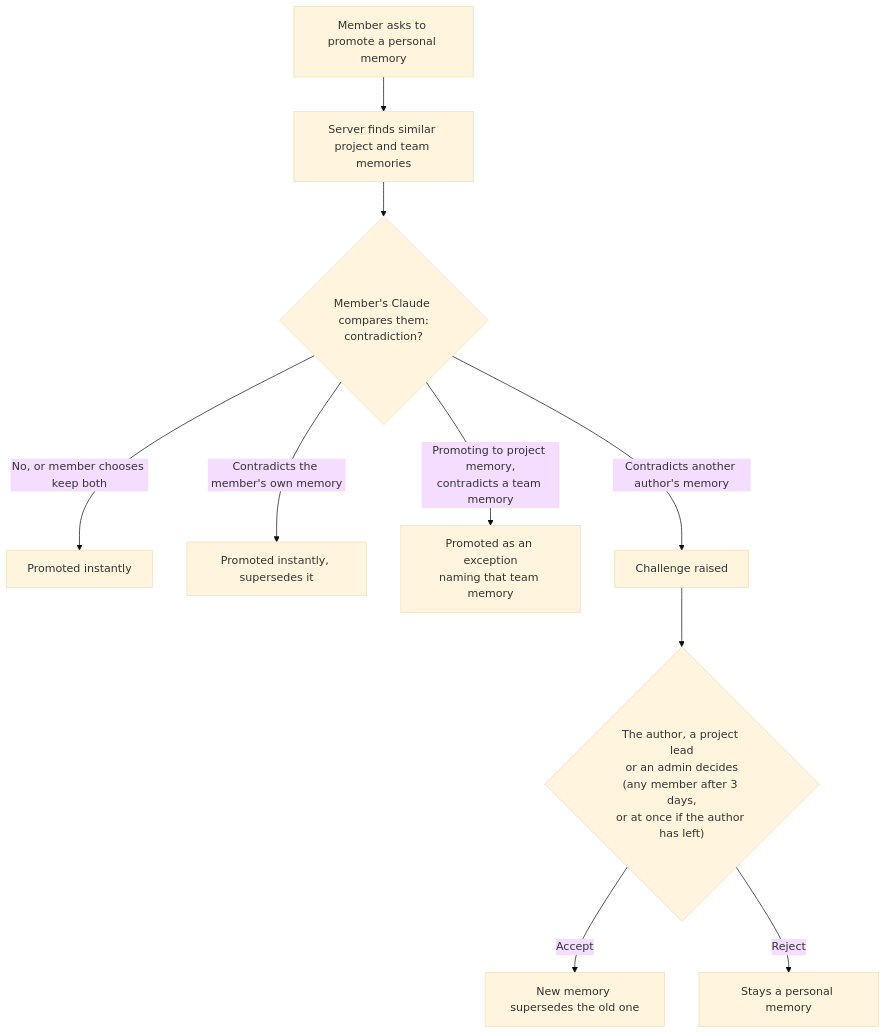
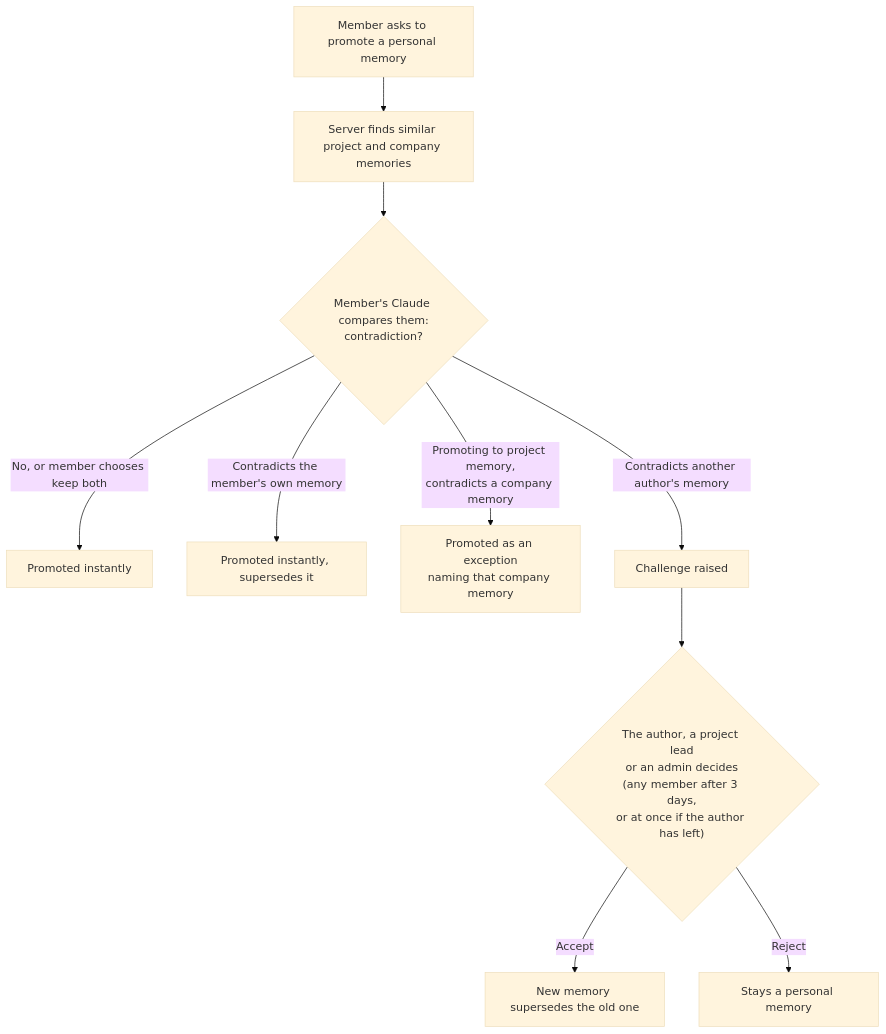
The first of 2 diagrams in docs/design.md (madhav037/shared-memory), drawn with Mermaid (base theme) before and after one commit. The commit also changed other lines of this file and 115 other files, not shown here.

````diff
--- a/docs/design.md
+++ b/docs/design.md
@@ -112,12 +112,12 @@
 ```mermaid
 flowchart TD
-  A["Member asks to promote a personal memory"] --> B["Server finds similar project and team memories"]
+  A["Member asks to promote a personal memory"] --> B["Server finds similar project and company memories"]
   B --> C{"Member's Claude compares them:<br/>contradiction?"}
   C -- "No, or member chooses keep both" --> P["Promoted instantly"]
   C -- "Contradicts the member's own memory" --> S["Promoted instantly, supersedes it"]
-  C -- "Promoting to project memory,<br/>contradicts a team memory" --> E["Promoted as an exception<br/>naming that team memory"]
+  C -- "Promoting to project memory,<br/>contradicts a company memory" --> E["Promoted as an exception<br/>naming that company memory"]
   C -- "Contradicts another author's memory" --> H["Challenge raised"]
   H --> D{"The author, a project lead<br/>or an admin decides<br/>(any member after 3 days,<br/>or at once if the author has left)"}
   D -- Accept --> S2["New memory supersedes the old one"]
   D -- Reject --> R["Stays a personal memory"]
 ```
````
